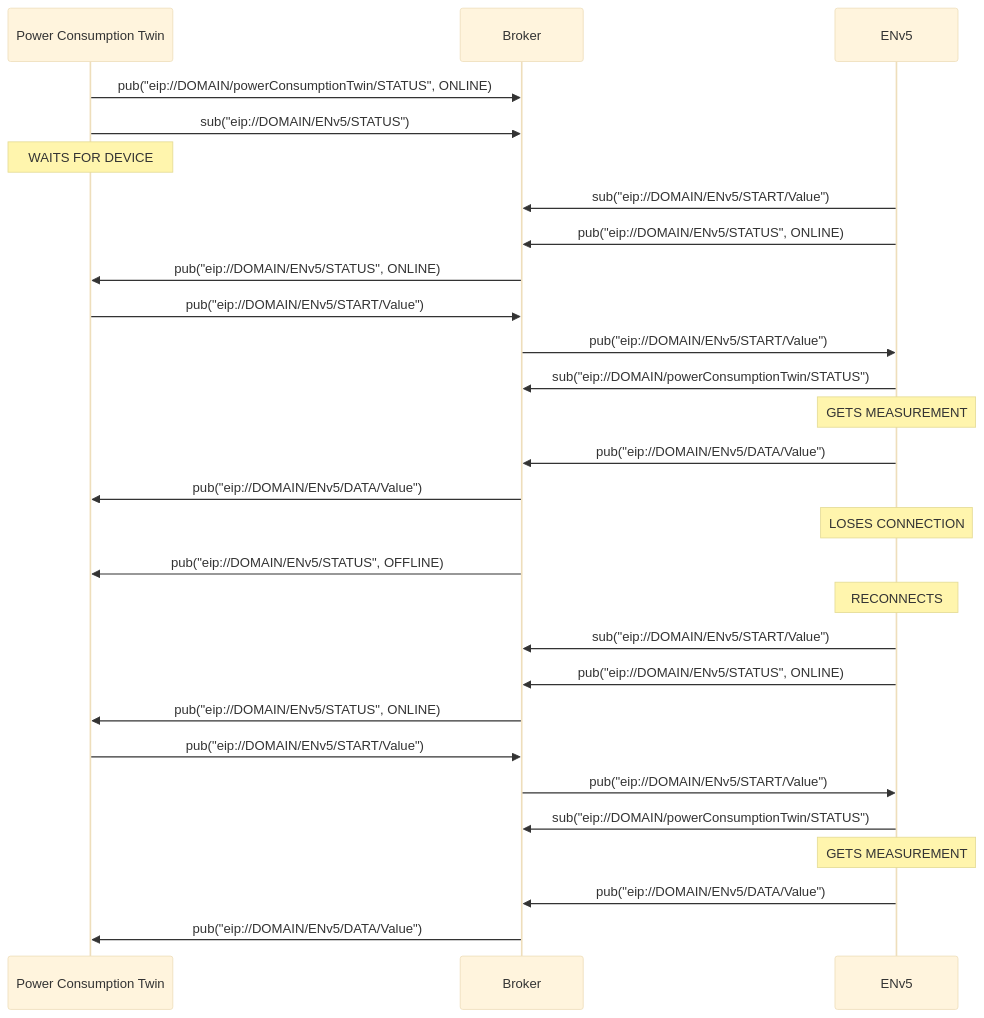
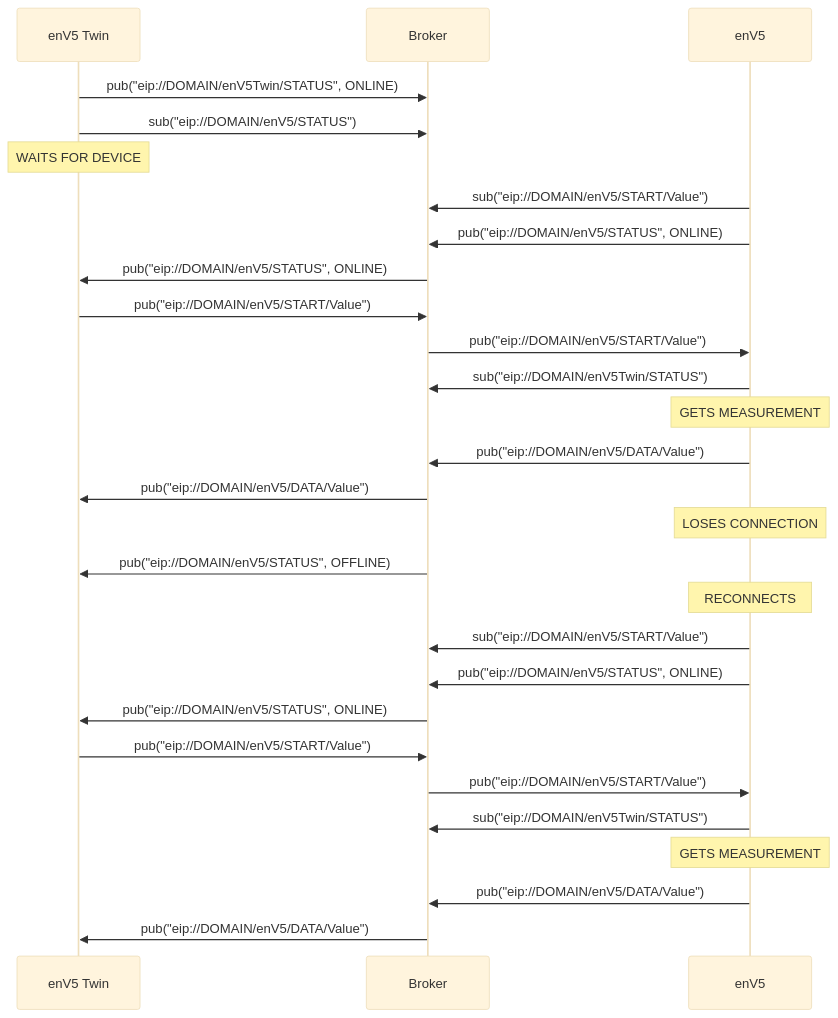
Before and after one commit to es-ude/elastic-ai.runtime.cloud: the third of 4 diagrams in DEMO.md, drawn with Mermaid (base theme). The commit also changed other lines of this file and 31 other files, not shown here.

````diff
--- a/DEMO.md
+++ b/DEMO.md
@@ -108,45 +108,45 @@
 ```mermaid
 sequenceDiagram
-      participant pw as Power Consumption Twin
+      participant dt as enV5 Twin
       participant b as Broker
-      participant d as ENv5
+      participant d as enV5
 
-    pw ->> b: pub("eip://DOMAIN/powerConsumptionTwin/STATUS", ONLINE)
-    pw ->> b: sub("eip://DOMAIN/ENv5/STATUS")
+    dt ->> b: pub("eip://DOMAIN/enV5Twin/STATUS", ONLINE)
+    dt ->> b: sub("eip://DOMAIN/enV5/STATUS")
     
-    Note over pw: WAITS FOR DEVICE
+    Note over dt: WAITS FOR DEVICE
     
-    d ->> b: sub("eip://DOMAIN/ENv5/START/Value")
+    d ->> b: sub("eip://DOMAIN/enV5/START/Value")
         
-    d ->> b: pub("eip://DOMAIN/ENv5/STATUS", ONLINE)
-    b ->> pw: pub("eip://DOMAIN/ENv5/STATUS", ONLINE)
+    d ->> b: pub("eip://DOMAIN/enV5/STATUS", ONLINE)
+    b ->> dt: pub("eip://DOMAIN/enV5/STATUS", ONLINE)
  
-    pw ->> b: pub("eip://DOMAIN/ENv5/START/Value")
-    b ->> d: pub("eip://DOMAIN/ENv5/START/Value")
-    d ->> b: sub("eip://DOMAIN/powerConsumptionTwin/STATUS")
+    dt ->> b: pub("eip://DOMAIN/enV5/START/Value")
+    b ->> d: pub("eip://DOMAIN/enV5/START/Value")
+    d ->> b: sub("eip://DOMAIN/enV5Twin/STATUS")
     
     Note over d: GETS MEASUREMENT
         
-    d ->> b: pub("eip://DOMAIN/ENv5/DATA/Value")
-    b ->> pw: pub("eip://DOMAIN/ENv5/DATA/Value")
+    d ->> b: pub("eip://DOMAIN/enV5/DATA/Value")
+    b ->> dt: pub("eip://DOMAIN/enV5/DATA/Value")
     
     Note over d: LOSES CONNECTION
         
-    b ->> pw:  pub("eip://DOMAIN/ENv5/STATUS", OFFLINE)
+    b ->> dt:  pub("eip://DOMAIN/enV5/STATUS", OFFLINE)
       
     Note over d: RECONNECTS
 
-    d ->> b: sub("eip://DOMAIN/ENv5/START/Value")
+    d ->> b: sub("eip://DOMAIN/enV5/START/Value")
         
-    d ->> b: pub("eip://DOMAIN/ENv5/STATUS", ONLINE)
-    b ->> pw: pub("eip://DOMAIN/ENv5/STATUS", ONLINE)
+    d ->> b: pub("eip://DOMAIN/enV5/STATUS", ONLINE)
+    b ->> dt: pub("eip://DOMAIN/enV5/STATUS", ONLINE)
  
-    pw ->> b: pub("eip://DOMAIN/ENv5/START/Value")
-    b ->> d: pub("eip://DOMAIN/ENv5/START/Value")
-    d ->> b: sub("eip://DOMAIN/powerConsumptionTwin/STATUS")
+    dt ->> b: pub("eip://DOMAIN/enV5/START/Value")
+    b ->> d: pub("eip://DOMAIN/enV5/START/Value")
+    d ->> b: sub("eip://DOMAIN/enV5Twin/STATUS")
     
     Note over d: GETS MEASUREMENT
         
-    d ->> b: pub("eip://DOMAIN/ENv5/DATA/Value")
-    b ->> pw: pub("eip://DOMAIN/ENv5/DATA/Value")
+    d ->> b: pub("eip://DOMAIN/enV5/DATA/Value")
+    b ->> dt: pub("eip://DOMAIN/enV5/DATA/Value")
 ```
````
